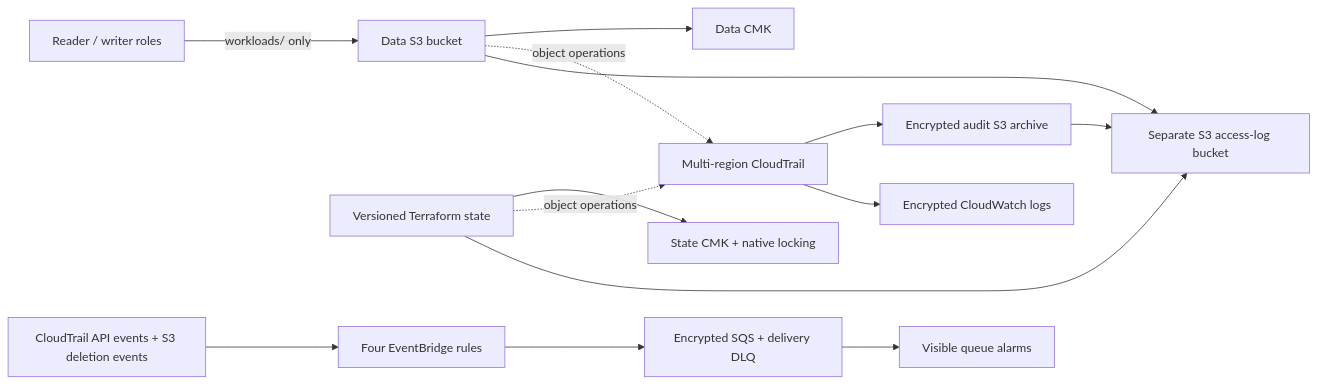
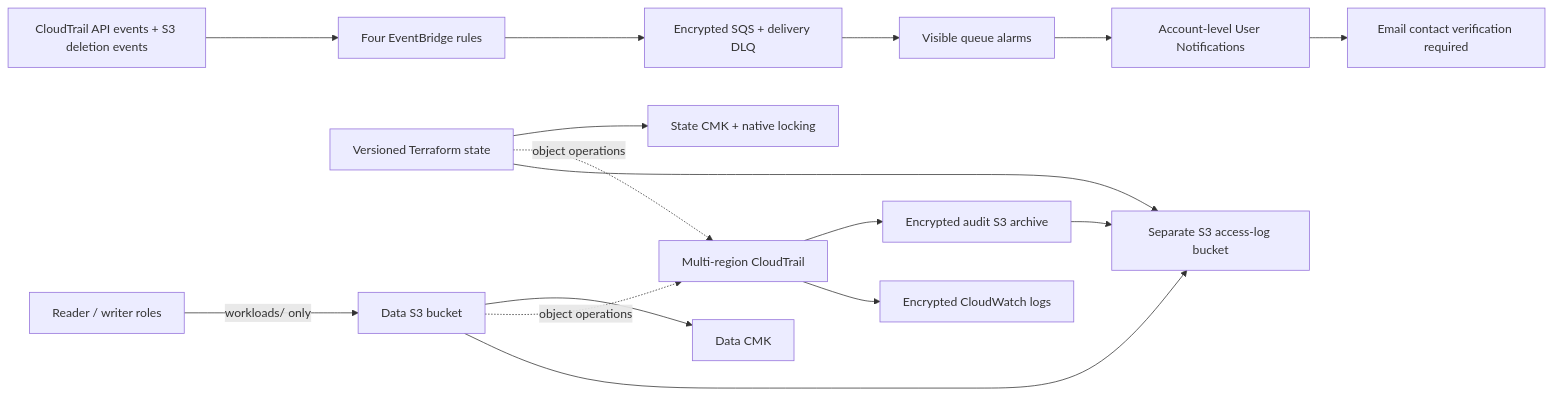
The diagram in README.md (jayekwere/secure-aws-platform), drawn with Mermaid before and after one commit. The commit also changed other lines of this file and 10 other files, not shown here.

````diff
--- a/README.md
+++ b/README.md
@@ -18,16 +18,18 @@
 ```mermaid
 flowchart LR
     Roles["Reader / writer roles"] -->|"workloads/ only"| Data["Data S3 bucket"]
     Data --> DataKey["Data CMK"]
     State["Versioned Terraform state"] --> StateKey["State CMK + native locking"]
     Data -. "object operations" .-> Trail["Multi-region CloudTrail"]
     State -. "object operations" .-> Trail
     Trail --> Archive["Encrypted audit S3 archive"]
     Trail --> CW["Encrypted CloudWatch logs"]
     Events["CloudTrail API events + S3 deletion events"] --> Rules["Four EventBridge rules"]
     Rules --> Queue["Encrypted SQS + delivery DLQ"]
     Queue --> Alarms["Visible queue alarms"]
+    Alarms --> Notifications["Account-level User Notifications"]
+    Notifications --> Email["Email contact verification required"]
     Data --> Access["Separate S3 access-log bucket"]
     State --> Access
     Archive --> Access
 ```
````
